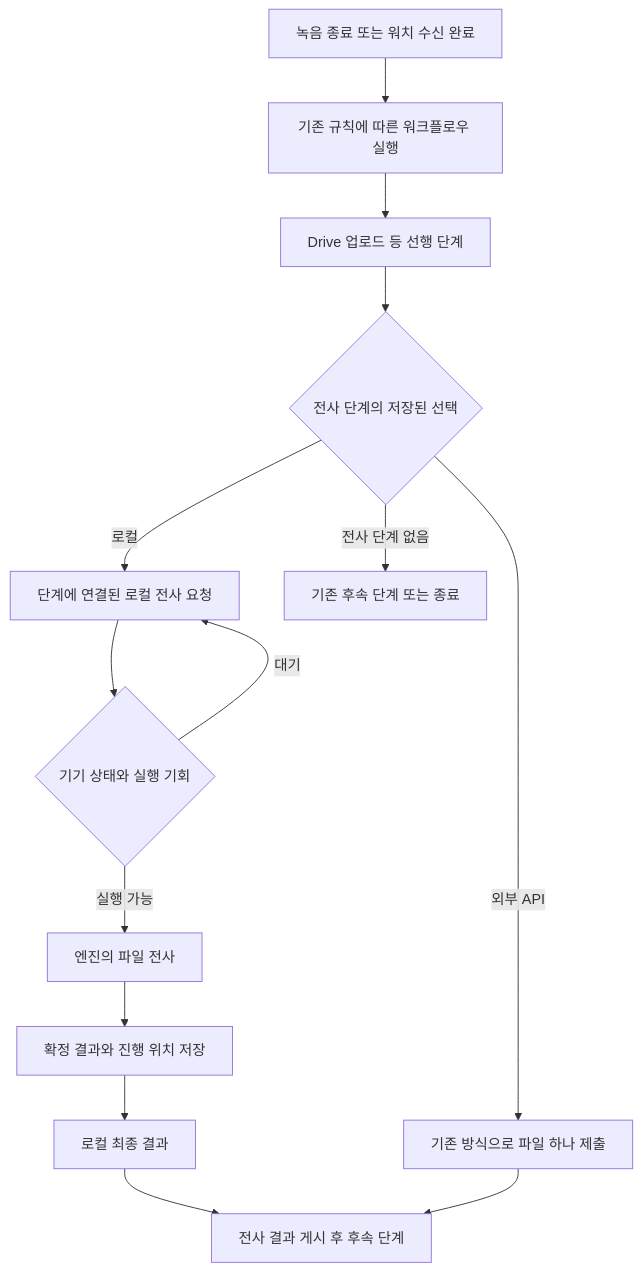
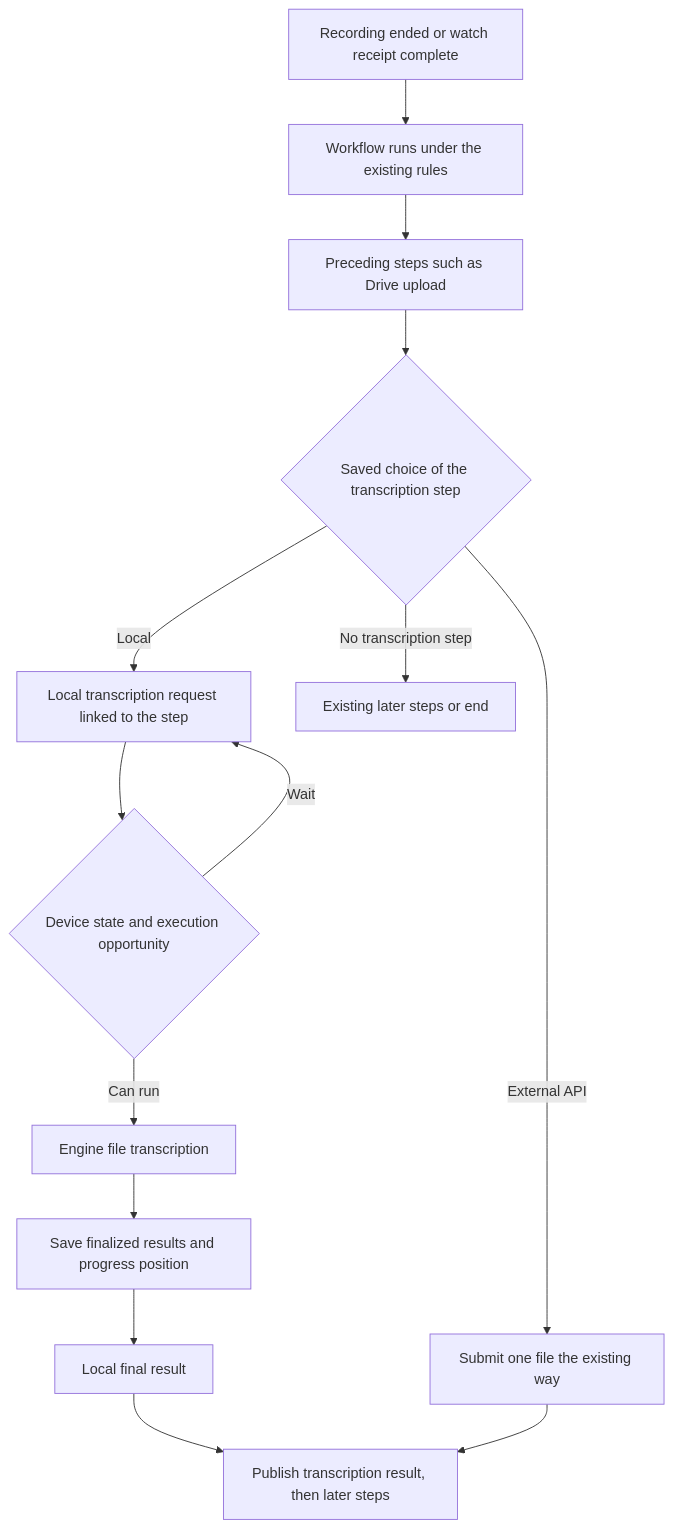
The diagram in docs/research/2026-09-24-local-transcription-validation-plan.md (rokrokss/recly), drawn with Mermaid before and after one commit. The commit also changed other lines of this file and 467 other files, not shown here.

````diff
--- a/docs/research/2026-09-24-local-transcription-validation-plan.md
+++ b/docs/research/2026-09-24-local-transcription-validation-plan.md
@@ -221,16 +221,16 @@
 ```mermaid
 flowchart TD
-    A[녹음 종료 또는 워치 수신 완료] --> B[기존 규칙에 따른 워크플로우 실행]
-    B --> D[Drive 업로드 등 선행 단계]
-    D --> J{전사 단계의 저장된 선택}
-    J -->|로컬| C[단계에 연결된 로컬 전사 요청]
-    J -->|외부 API| K[기존 방식으로 파일 하나 제출]
-    J -->|전사 단계 없음| L[기존 후속 단계 또는 종료]
-    C --> E{기기 상태와 실행 기회}
-    E -->|대기| C
-    E -->|실행 가능| F[엔진의 파일 전사]
-    F --> G[확정 결과와 진행 위치 저장]
-    G --> H[로컬 최종 결과]
-    H --> I[전사 결과 게시 후 후속 단계]
+    A[Recording ended or watch receipt complete] --> B[Workflow runs under the existing rules]
+    B --> D[Preceding steps such as Drive upload]
+    D --> J{Saved choice of the transcription step}
+    J -->|Local| C[Local transcription request linked to the step]
+    J -->|External API| K[Submit one file the existing way]
+    J -->|No transcription step| L[Existing later steps or end]
+    C --> E{Device state and execution opportunity}
+    E -->|Wait| C
+    E -->|Can run| F[Engine file transcription]
+    F --> G[Save finalized results and progress position]
+    G --> H[Local final result]
+    H --> I[Publish transcription result, then later steps]
     K --> I
 ```
````
